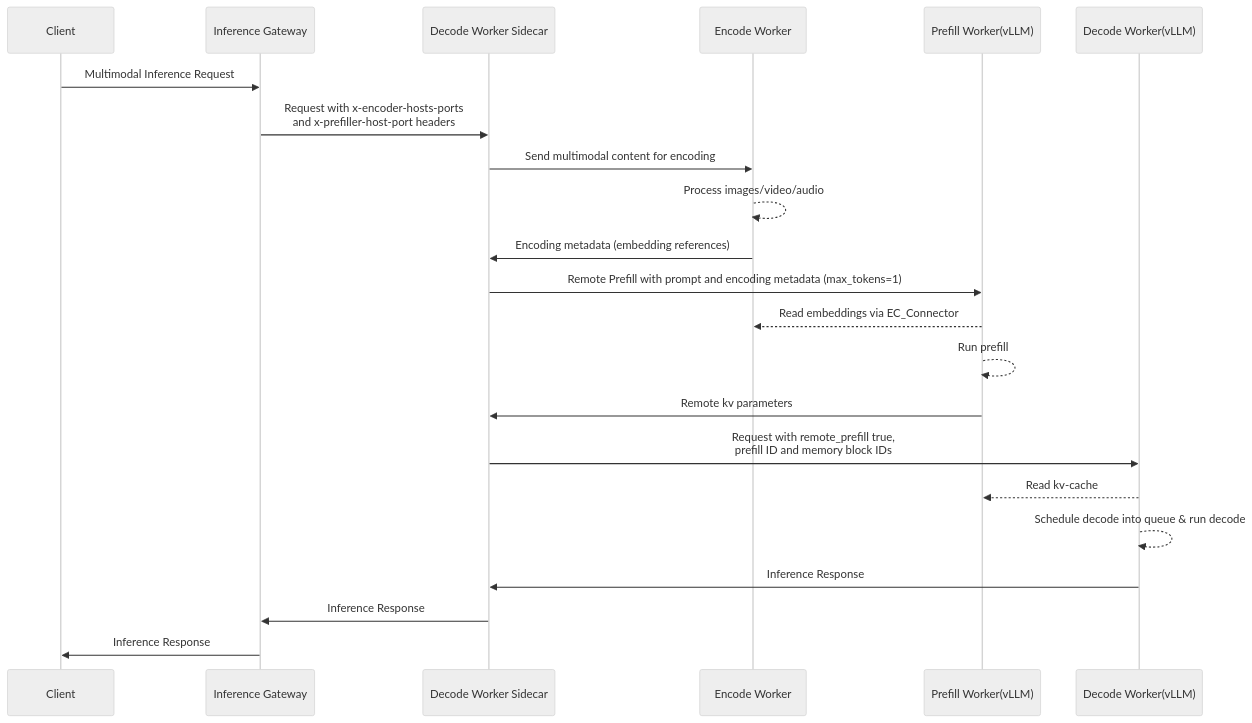
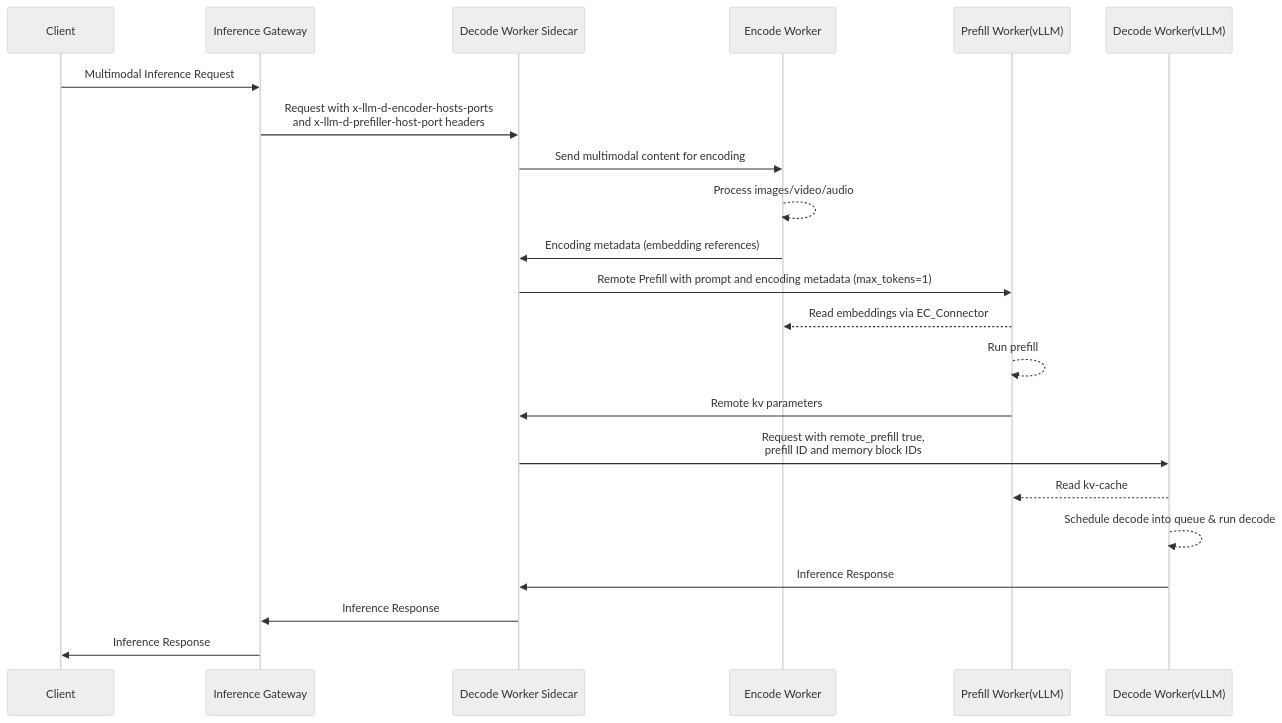
The third of 3 diagrams in docs/disaggregation.md (mistralai/llm-d-router-public), drawn with Mermaid (neutral theme) before and after one commit. The commit also changed other lines of this file and 13 other files, not shown here.

First line of the commit message:
feat(sidecar) deprecate disaggregation headers to use the x-llm-d- prefix (#3208)

````diff
--- a/docs/disaggregation.md
+++ b/docs/disaggregation.md
@@ -142,25 +176,25 @@
 ```mermaid
 sequenceDiagram
   participant C as Client
   participant I as Inference Gateway
   participant DS as Decode Worker Sidecar
   participant E as Encode Worker
   participant P as Prefill Worker(vLLM)
   participant D as Decode Worker(vLLM)
 
   C->>I: Multimodal Inference Request
-  I->>DS: Request with x-encoder-hosts-ports <br/> and x-prefiller-host-port headers
+  I->>DS: Request with x-llm-d-encoder-hosts-ports <br/> and x-llm-d-prefiller-host-port headers
   DS->>E: Send multimodal content for encoding
   E-->>E: Process images/video/audio
   E->>DS: Encoding metadata (embedding references)
   DS->>P: Remote Prefill with prompt and encoding metadata (max_tokens=1)
   P-->>E: Read embeddings via EC_Connector
   P-->>P: Run prefill
   P->>DS: Remote kv parameters
   DS->>D: Request with remote_prefill true, <br/>prefill ID and memory block IDs
         D-->>P: Read kv-cache
         D-->>D: Schedule decode into queue & run decode
   D->>DS: Inference Response
   DS->>I: Inference Response
   I->>C: Inference Response
 ```
````
